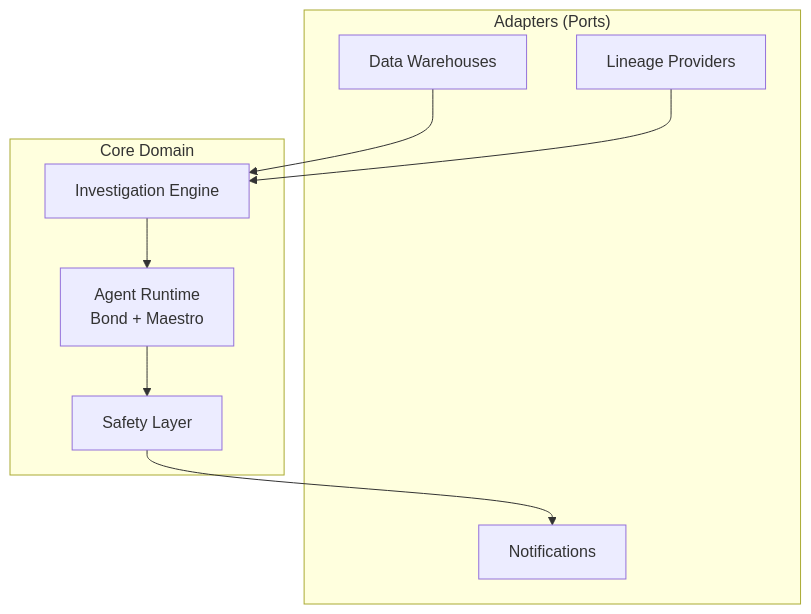
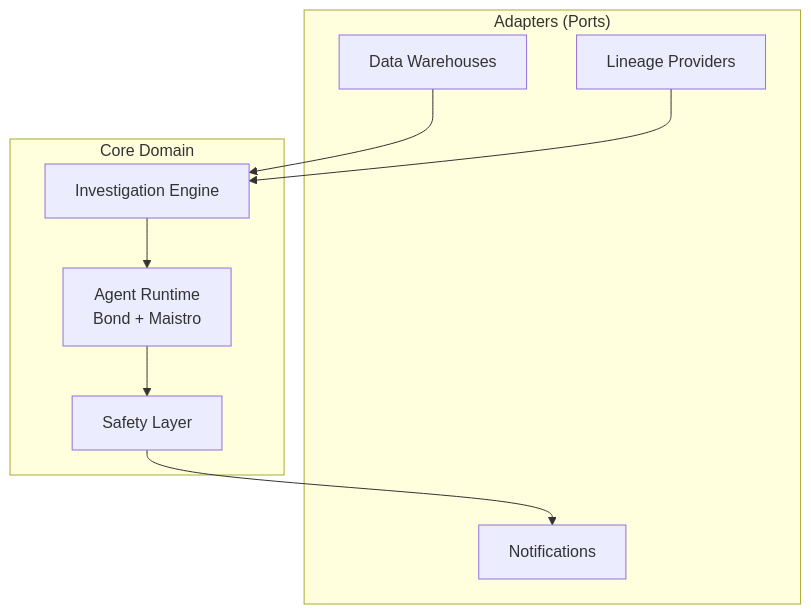
Before and after one commit to bordumb/dataing: the diagram in .flow/tasks/fn-8.6.md, drawn with Mermaid. The commit also changed other lines of this file and 128 other files, not shown here.

````diff
--- a/.flow/tasks/fn-8.6.md
+++ b/.flow/tasks/fn-8.6.md
@@ -14,18 +14,18 @@
    ```mermaid
    flowchart TB
        subgraph Adapters["Adapters (Ports)"]
            DW[Data Warehouses]
            LN[Lineage Providers]
            NT[Notifications]
        end
        subgraph Core["Core Domain"]
            INV[Investigation Engine]
-           AGT[Agent Runtime<br/>Bond + Maestro]
+           AGT[Agent Runtime<br/>Bond + Maistro]
            SFT[Safety Layer]
        end
        DW --> INV
        LN --> INV
        INV --> AGT
        AGT --> SFT
        SFT --> NT
    ```
````
